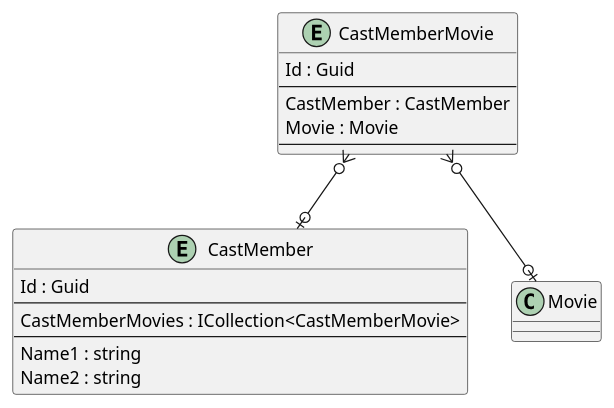
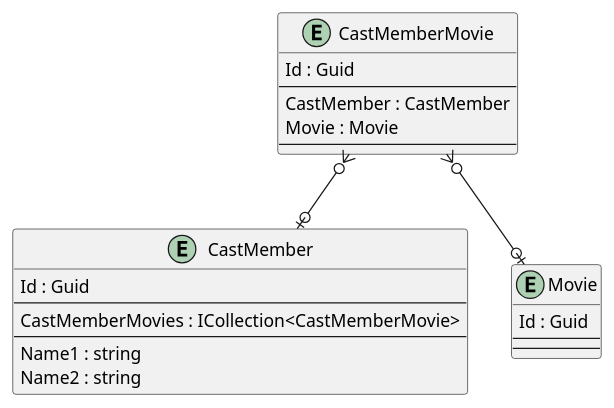
One commit to intrepion/BlazorWebAppMovies changed the diagram in .docs/BlazorWebAppMovies.pu. Above: the diagram before and after it, drawn with PlantUML.

Commit message:
gawk -i inplace "{ gsub(/' EntityCodePlaceholder/, \"entity Movie {\n\ \ \ \ Id : Guid\n\ \ \ \ --\n\ \ \ \ ' MovieKeyCodePlaceholder\n\ \ \ \ --\n\ \ \ \ ' MoviePropertyCodePlaceholder\n}\n\n' EntityCodePlaceholder\") }; { print }" .docs/BlazorWebAppMovies.pu

```diff
--- a/.docs/BlazorWebAppMovies.pu
+++ b/.docs/BlazorWebAppMovies.pu
@@ -1,30 +1,38 @@
 @startuml
 
 entity CastMember {
     Id : Guid
     --
     CastMemberMovies : ICollection<CastMemberMovie>
     ' CastMemberKeyCodePlaceholder
     --
     Name1 : string
     Name2 : string
     ' CastMemberPropertyCodePlaceholder
 }
 
 entity CastMemberMovie {
     Id : Guid
     --
     CastMember : CastMember
     Movie : Movie
     ' CastMemberMovieKeyCodePlaceholder
     --
     ' CastMemberMoviePropertyCodePlaceholder
 }
 
+entity Movie {
+    Id : Guid
+    --
+    ' MovieKeyCodePlaceholder
+    --
+    ' MoviePropertyCodePlaceholder
+}
+
 ' EntityCodePlaceholder
 
 CastMemberMovie }o--o| CastMember
 CastMemberMovie }o--o| Movie
 ' RelationshipCodePlaceholder
 
 @enduml
```
